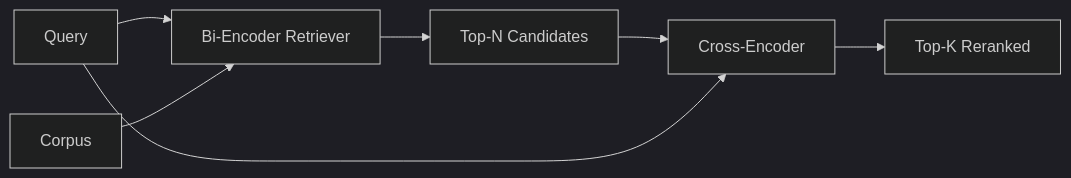
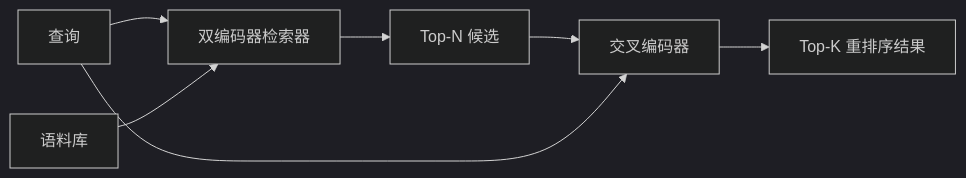
One commit to guangningsun/ailearning changed the diagram in lessons/19-capstone-projects/66-reranker-cross-encoder/docs/zh.md. Above: the diagram before and after it, drawn with Mermaid (dark theme). The commit also changed other lines of this file and 85 other files, not shown here.

````diff
--- a/lessons/19-capstone-projects/66-reranker-cross-encoder/docs/zh.md
+++ b/lessons/19-capstone-projects/66-reranker-cross-encoder/docs/zh.md
@@ -30,9 +32,9 @@
 ```mermaid
 flowchart LR
-  Query[Query] --> Bi[Bi-Encoder Retriever]
-  Corpus[Corpus] --> Bi
-  Bi --> TopN[Top-N Candidates]
-  TopN --> Cross[Cross-Encoder]
+  Query[查询] --> Bi[双编码器检索器]
+  Corpus[语料库] --> Bi
+  Bi --> TopN[Top-N 候选]
+  TopN --> Cross[交叉编码器]
   Query --> Cross
-  Cross --> TopK[Top-K Reranked]
+  Cross --> TopK[Top-K 重排序结果]
 ```
````
